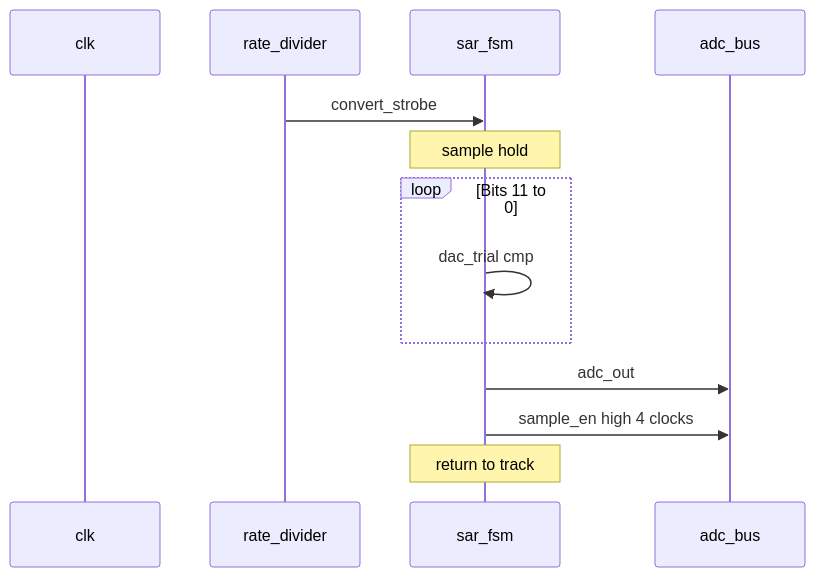
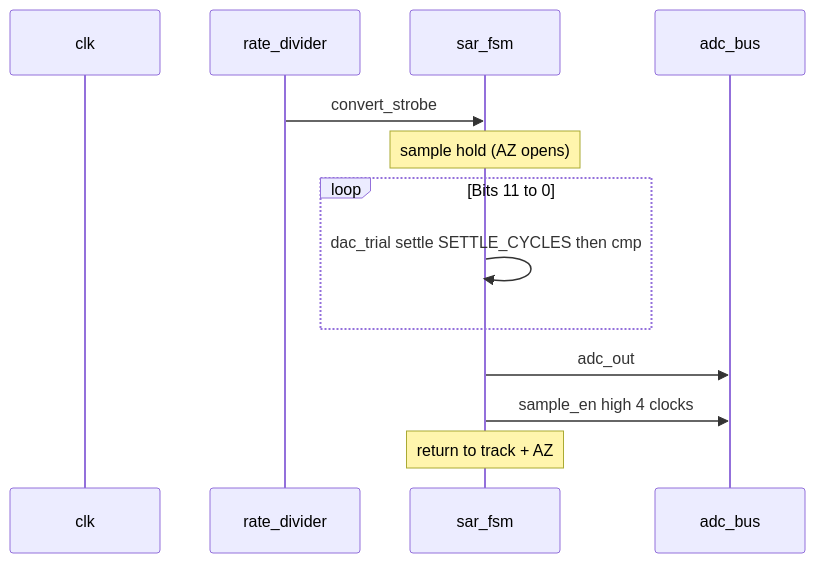
One commit to davidbroughsmyth/heart_monitor_adc_art_ttsky26c changed the second of 3 diagrams in docs/DATASHEET.md. Above: the diagram before and after it, drawn with Mermaid. The commit also changed other lines of this file and 30 other files, not shown here.

````diff
--- a/docs/DATASHEET.md
+++ b/docs/DATASHEET.md
@@ -147,16 +158,16 @@
 ```mermaid
 sequenceDiagram
   participant Clk as clk
   participant Rate as rate_divider
   participant Sar as sar_fsm
   participant Bus as adc_bus
 
   Rate->>Sar: convert_strobe
-  Note over Sar: sample hold
+  Note over Sar: sample hold (AZ opens)
   loop Bits 11 to 0
-    Sar->>Sar: dac_trial cmp
+    Sar->>Sar: dac_trial settle SETTLE_CYCLES then cmp
   end
   Sar->>Bus: adc_out
   Sar->>Bus: sample_en high 4 clocks
-  Note over Sar: return to track
+  Note over Sar: return to track + AZ
 ```
````
